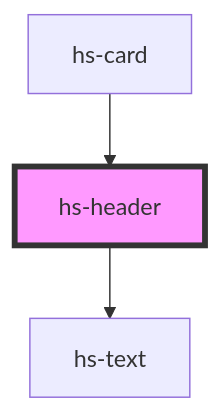
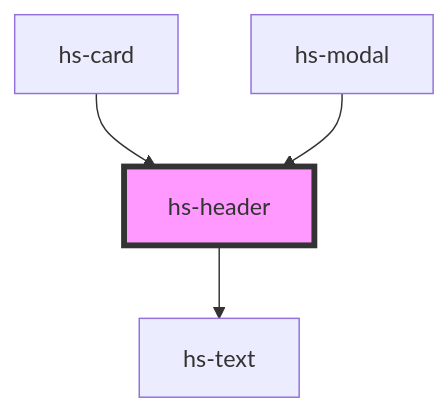
One commit to dimka3553/hs-design-system changed the diagram in src/components/hs-header/readme.md. Above: the diagram before and after it, drawn with Mermaid. The commit also changed other lines of this file and 17 other files, not shown here.

````diff
--- a/src/components/hs-header/readme.md
+++ b/src/components/hs-header/readme.md
@@ -28,6 +29,7 @@
 ```mermaid
 graph TD;
   hs-header --> hs-text
   hs-card --> hs-header
+  hs-modal --> hs-header
   style hs-header fill:#f9f,stroke:#333,stroke-width:4px
 ```
````
